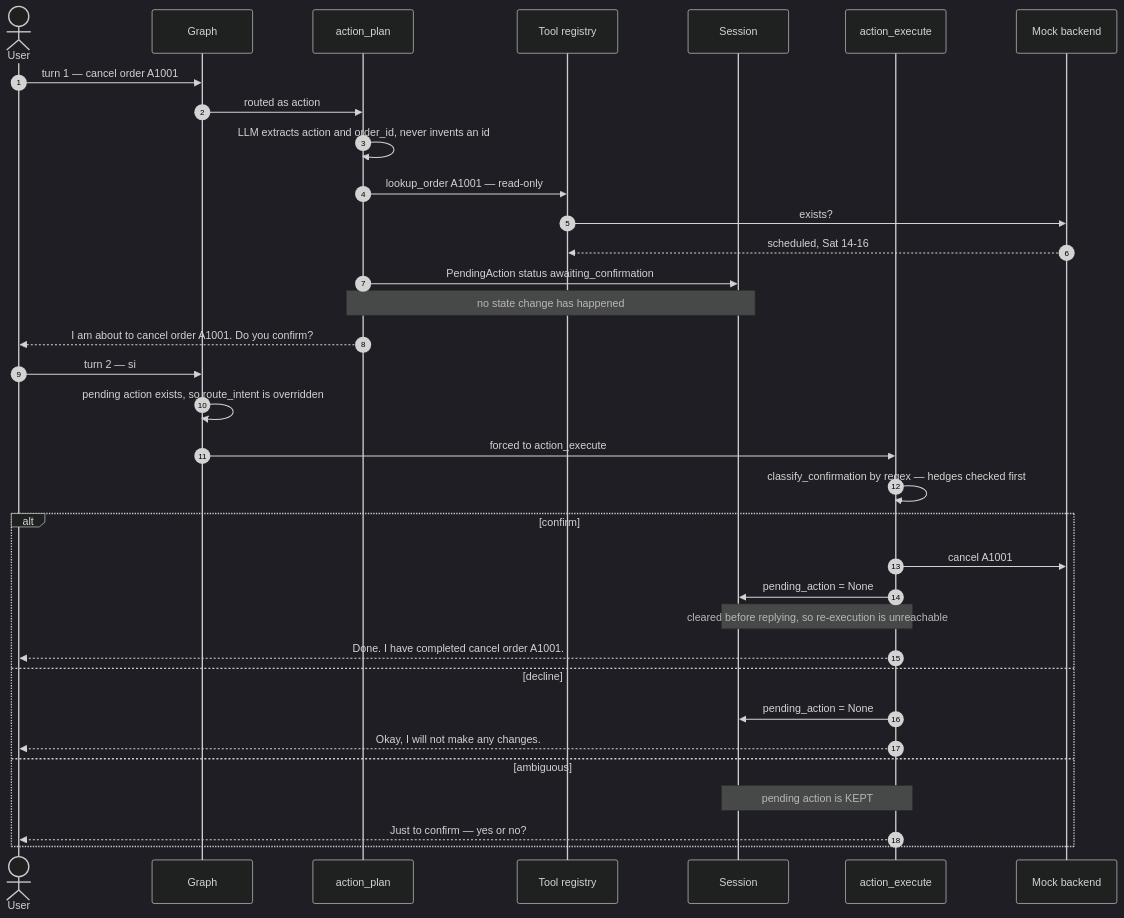
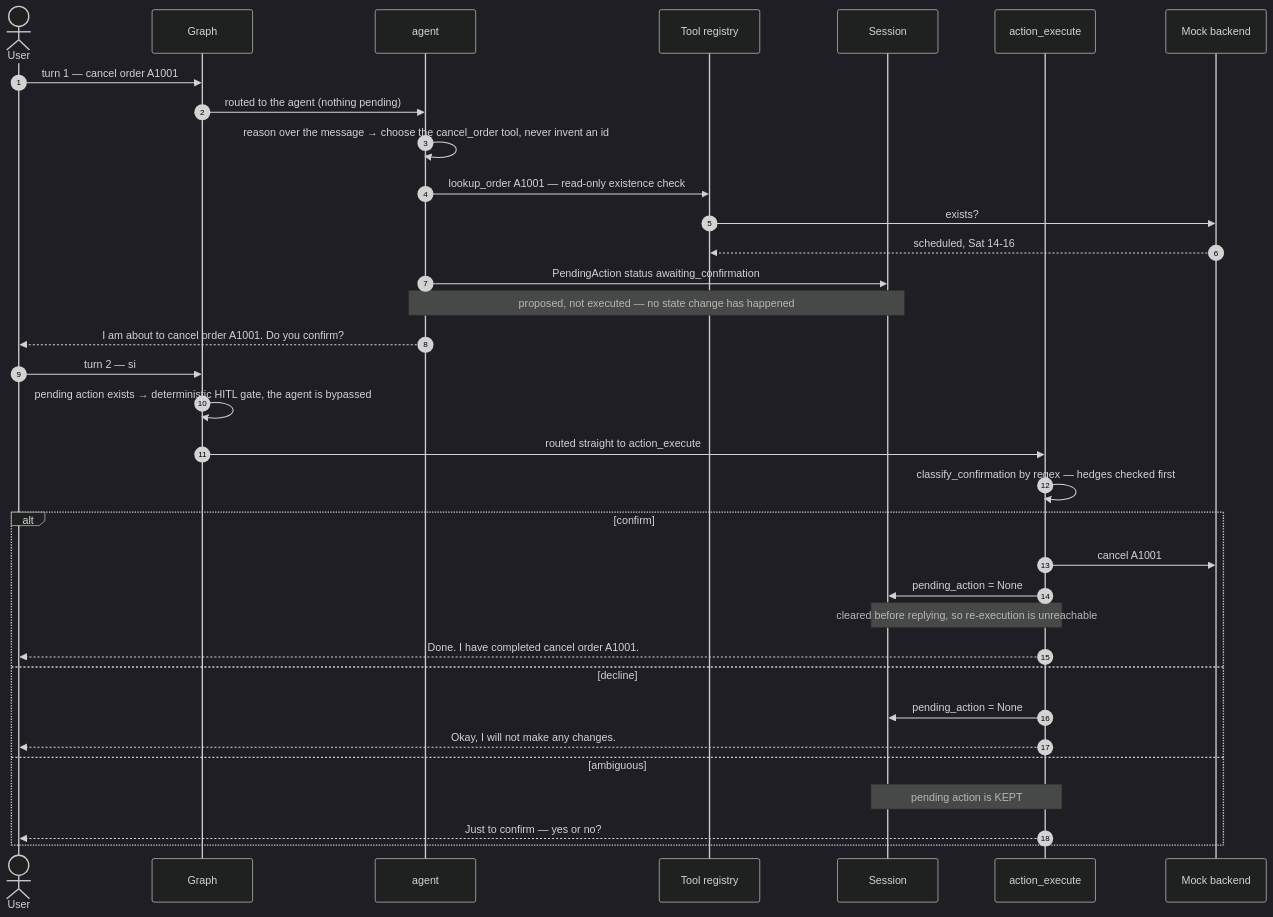
Before and after one commit to Deyber2000/zapp-ai-agent: the second of 3 diagrams in docs/layer-3-orchestration.md, drawn with Mermaid (dark theme). The commit also changed other lines of this file and 7 other files, not shown here.

Commit message:
docs: reconcile to the agent core + component map & refreshed layer diagrams

````diff
--- a/docs/layer-3-orchestration.md
+++ b/docs/layer-3-orchestration.md
@@ -57,38 +57,38 @@
 ```mermaid
 sequenceDiagram
     autonumber
     actor U as User
     participant G as Graph
-    participant AP as action_plan
+    participant AG as agent
     participant T as Tool registry
     participant S as Session
     participant AE as action_execute
     participant B as Mock backend
 
     U->>G: turn 1 — cancel order A1001
-    G->>AP: routed as action
-    AP->>AP: LLM extracts action and order_id, never invents an id
-    AP->>T: lookup_order A1001 — read-only
+    G->>AG: routed to the agent (nothing pending)
+    AG->>AG: reason over the message → choose the cancel_order tool, never invent an id
+    AG->>T: lookup_order A1001 — read-only existence check
     T->>B: exists?
     B-->>T: scheduled, Sat 14-16
-    AP->>S: PendingAction status awaiting_confirmation
-    Note over AP,S: no state change has happened
-    AP-->>U: I am about to cancel order A1001. Do you confirm?
+    AG->>S: PendingAction status awaiting_confirmation
+    Note over AG,S: proposed, not executed — no state change has happened
+    AG-->>U: I am about to cancel order A1001. Do you confirm?
 
     U->>G: turn 2 — si
-    G->>G: pending action exists, so route_intent is overridden
-    G->>AE: forced to action_execute
+    G->>G: pending action exists → deterministic HITL gate, the agent is bypassed
+    G->>AE: routed straight to action_execute
     AE->>AE: classify_confirmation by regex — hedges checked first
     alt confirm
         AE->>B: cancel A1001
         AE->>S: pending_action = None
         Note over AE,S: cleared before replying, so re-execution is unreachable
         AE-->>U: Done. I have completed cancel order A1001.
     else decline
         AE->>S: pending_action = None
         AE-->>U: Okay, I will not make any changes.
     else ambiguous
         Note over AE,S: pending action is KEPT
         AE-->>U: Just to confirm — yes or no?
     end
 ```
````
